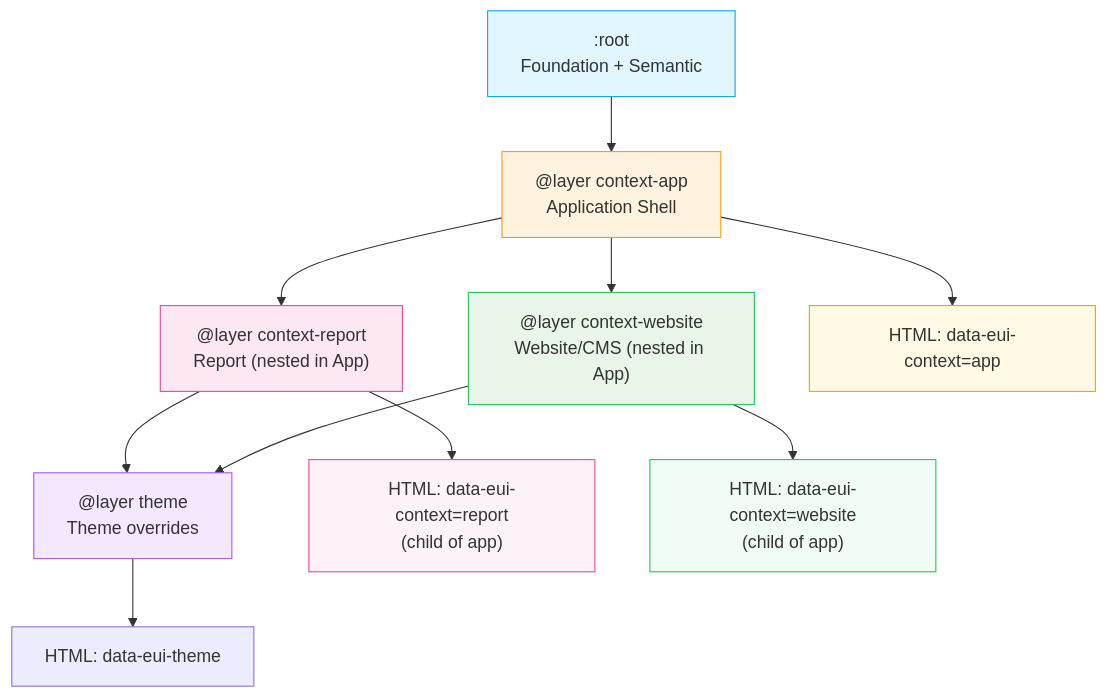
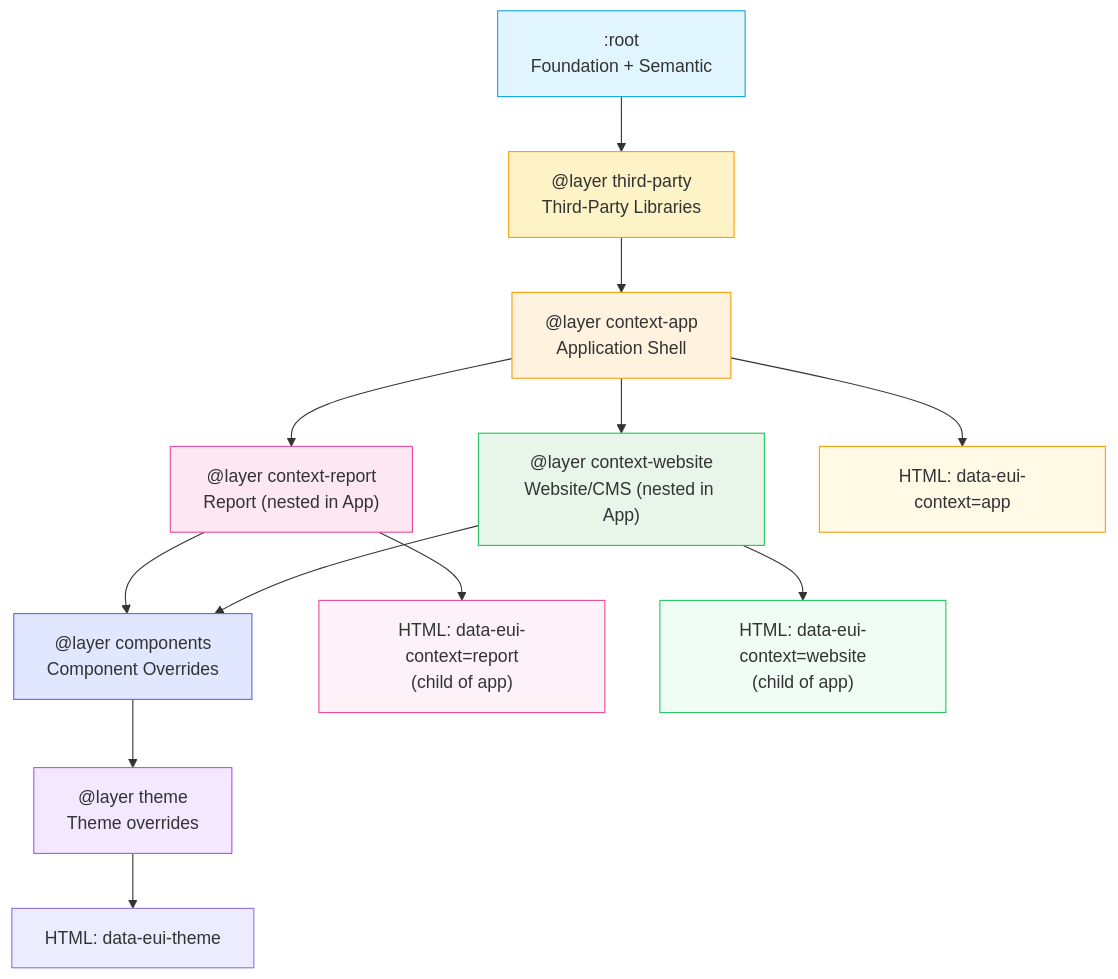
Before and after one commit to drYauhen/envy-ui-v2: the first of 5 diagrams in docs/adr/ADR-0024-css-layer-strategy-context-priority.md, drawn with Mermaid. The commit also changed other lines of this file and 1 other file, not shown here.

First line of the commit message:
docs(adr): Update ADR-0024 and ADR-0022 for third-party integration support

````diff
--- a/docs/adr/ADR-0024-css-layer-strategy-context-priority.md
+++ b/docs/adr/ADR-0024-css-layer-strategy-context-priority.md
@@ -38,22 +39,26 @@
 ```mermaid
 graph TD
-    A[":root<br/>Foundation + Semantic"] --> B["@layer context-app<br/>Application Shell"]
+    A[":root<br/>Foundation + Semantic"] --> TP["@layer third-party<br/>Third-Party Libraries"]
+    TP --> B["@layer context-app<br/>Application Shell"]
     B --> C["@layer context-report<br/>Report (nested in App)"]
     B --> E["@layer context-website<br/>Website/CMS (nested in App)"]
-    C --> D["@layer theme<br/>Theme overrides"]
-    E --> D
+    C --> COMP["@layer components<br/>Component Overrides"]
+    E --> COMP
+    COMP --> D["@layer theme<br/>Theme overrides"]
     
     B --> B1["HTML: data-eui-context=app"]
     C --> C1["HTML: data-eui-context=report<br/>(child of app)"]
     E --> E1["HTML: data-eui-context=website<br/>(child of app)"]
     D --> D1["HTML: data-eui-theme"]
     
     style A fill:#e1f5ff,stroke:#0ea5e9
+    style TP fill:#fef3c7,stroke:#f59e0b
     style B fill:#fff3e0,stroke:#f59e0b
     style C fill:#fce7f3,stroke:#ec4899
     style E fill:#e8f5e9,stroke:#22c55e
+    style COMP fill:#e0e7ff,stroke:#6366f1
     style D fill:#f3e8ff,stroke:#a855f7
     style B1 fill:#fff9e6,stroke:#f59e0b
     style C1 fill:#fdf2f8,stroke:#ec4899
     style E1 fill:#f0fdf4,stroke:#22c55e
 ```
````
